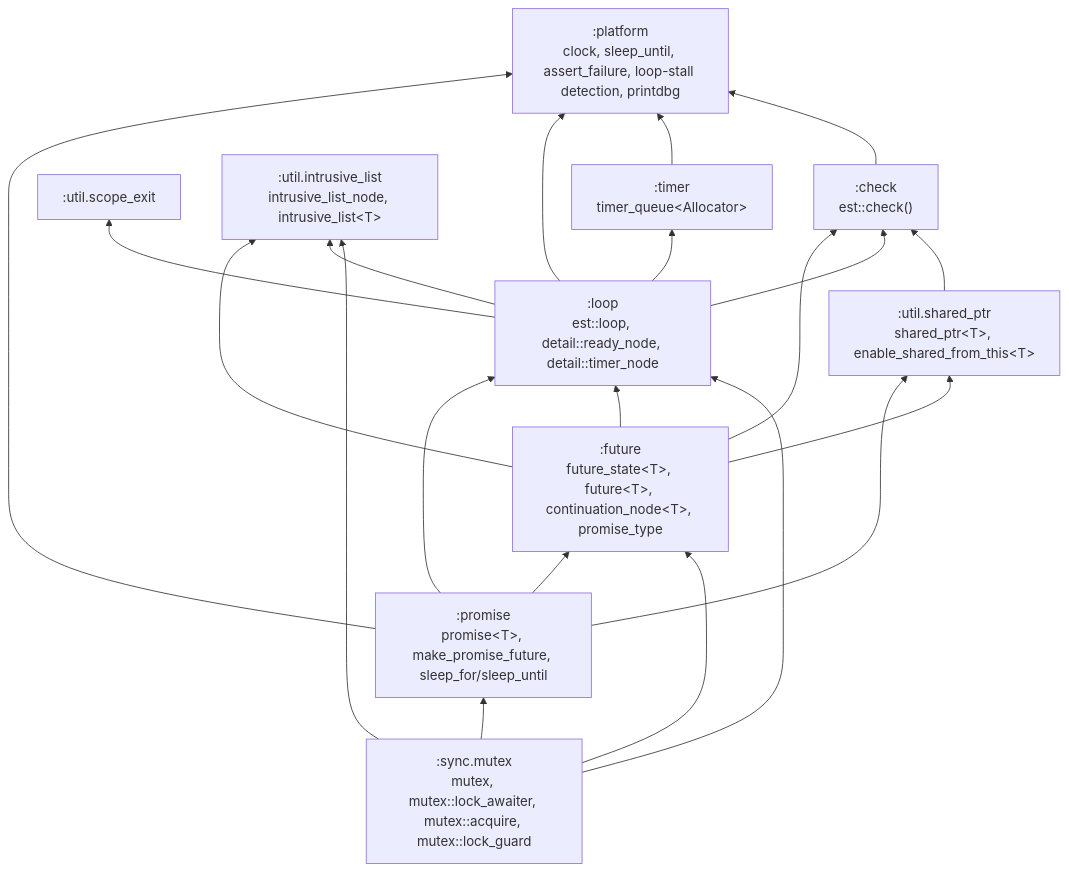
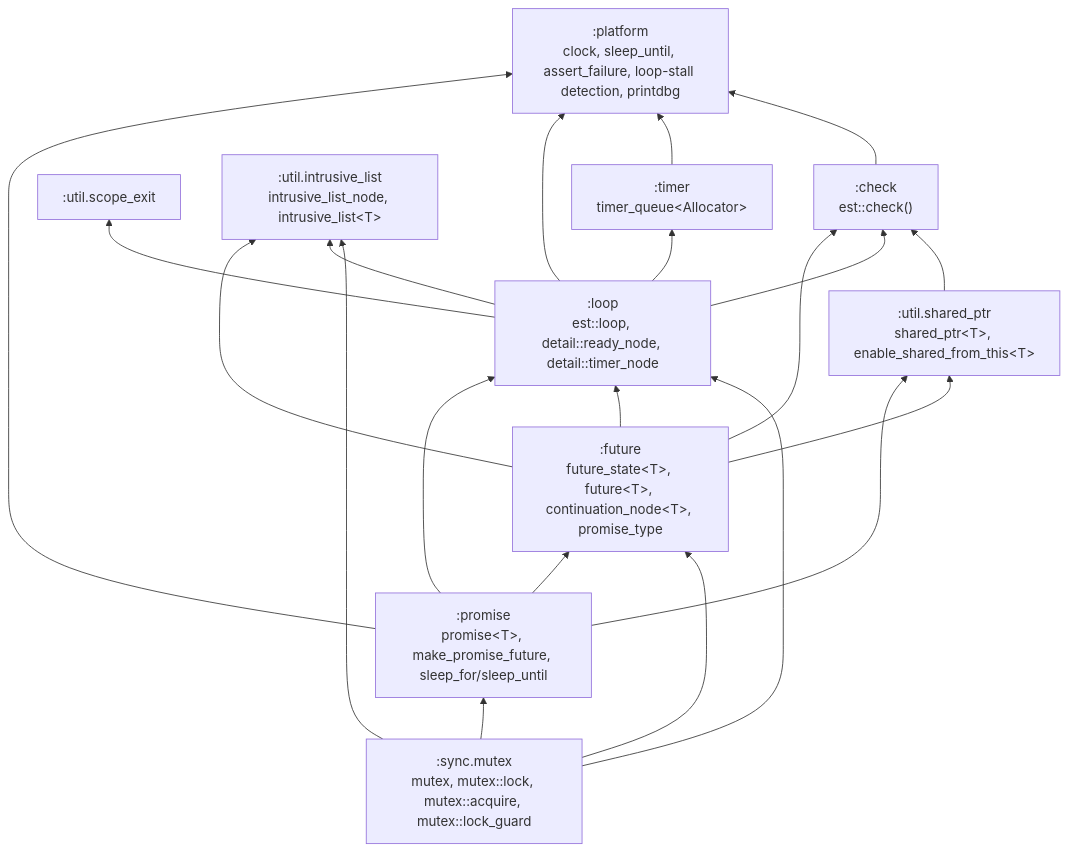
One commit to andijcr/async_experiments changed the diagram in docs/wiki/Architecture.md. Above: the diagram before and after it, drawn with Mermaid. The commit also changed 4 other files, not shown here.

````diff
--- a/docs/wiki/Architecture.md
+++ b/docs/wiki/Architecture.md
@@ -10,34 +10,34 @@
 ```mermaid
 graph BT
   platform[":platform<br/>clock, sleep_until, assert_failure, loop-stall detection, printdbg"]
   check[":check<br/>est::check()"]
   scope_exit[":util.scope_exit"]
   shared_ptr[":util.shared_ptr<br/>shared_ptr&lt;T&gt;, enable_shared_from_this&lt;T&gt;"]
   intrusive_list[":util.intrusive_list<br/>intrusive_list_node, intrusive_list&lt;T&gt;"]
-  mutex[":sync.mutex<br/>mutex, mutex::lock_awaiter, mutex::acquire, mutex::lock_guard"]
+  mutex[":sync.mutex<br/>mutex, mutex::lock, mutex::acquire, mutex::lock_guard"]
   timer[":timer<br/>timer_queue&lt;Allocator&gt;"]
   loop[":loop<br/>est::loop, detail::ready_node, detail::timer_node"]
   future[":future<br/>future_state&lt;T&gt;, future&lt;T&gt;, continuation_node&lt;T&gt;, promise_type"]
   promise[":promise<br/>promise&lt;T&gt;, make_promise_future, sleep_for/sleep_until"]
 
   check --> platform
   shared_ptr --> check
   mutex --> intrusive_list
   mutex --> loop
   mutex --> future
   mutex --> promise
   timer --> platform
   loop --> check
   loop --> platform
   loop --> intrusive_list
   loop --> timer
   loop --> scope_exit
   future --> check
   future --> loop
   future --> intrusive_list
   future --> shared_ptr
   promise --> future
   promise --> loop
   promise --> platform
   promise --> shared_ptr
 ```
````
